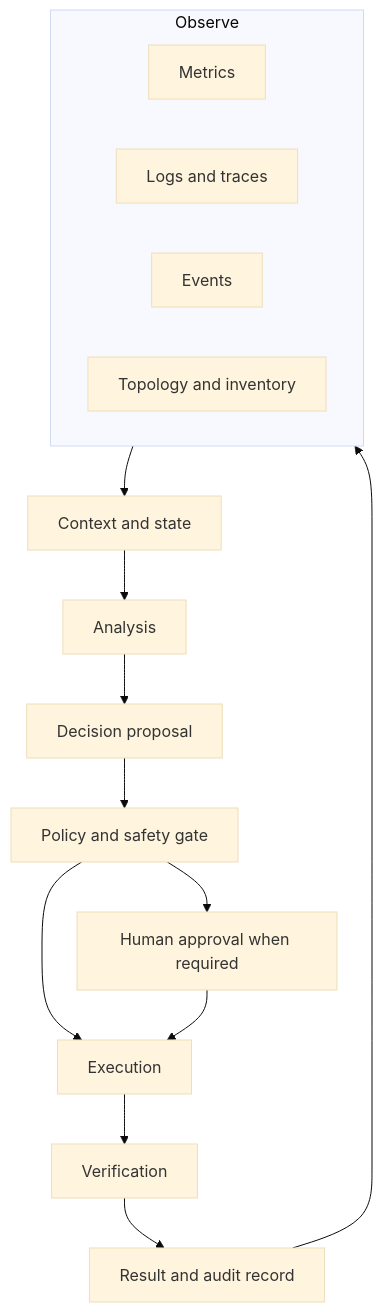
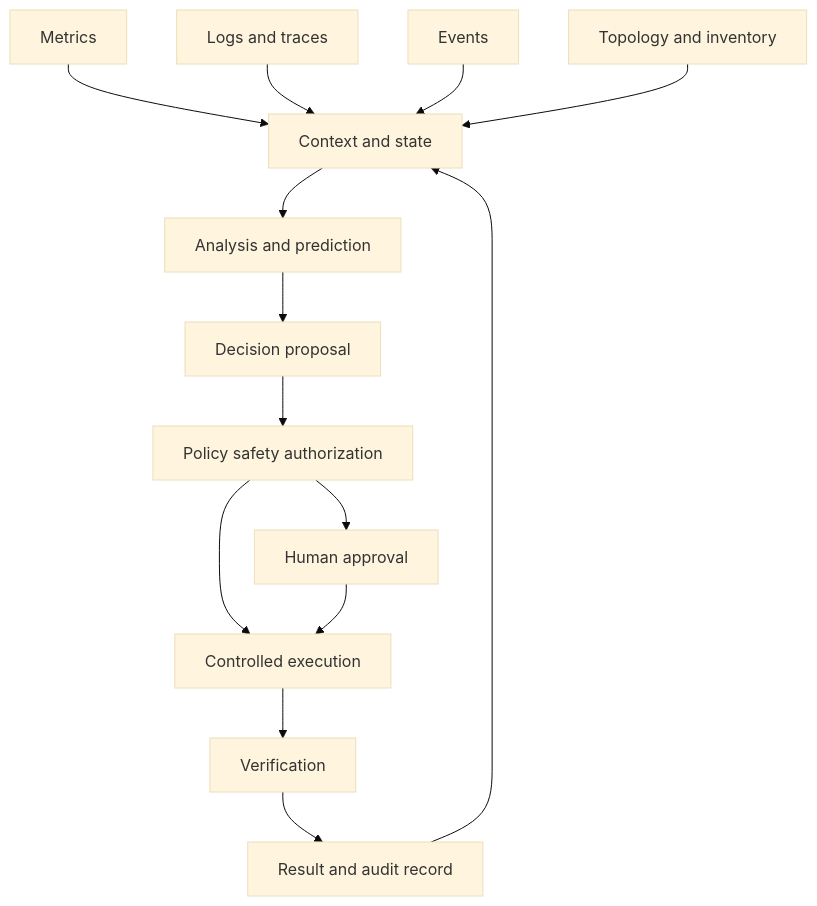
One commit to aiagent007700/AI-Atlas changed the diagram in docs/networks/autonomy/closed-loop-automation.md. Above: the diagram before and after it, drawn with Mermaid (base theme). The commit also changed other lines of this file and 13 other files, not shown here.

````diff
--- a/docs/networks/autonomy/closed-loop-automation.md
+++ b/docs/networks/autonomy/closed-loop-automation.md
@@ -26,19 +27,16 @@
 ```mermaid
 flowchart TB
-    subgraph Observe
-      M[Metrics]
-      L[Logs and traces]
-      E[Events]
-      T[Topology and inventory]
-    end
-    Observe --> C[Context and state]
-    C --> A[Analysis]
+    M[Metrics] --> C[Context and state]
+    L[Logs and traces] --> C
+    E[Events] --> C
+    T[Topology and inventory] --> C
+    C --> A[Analysis and prediction]
     A --> D[Decision proposal]
-    D --> G[Policy and safety gate]
-    G --> X[Execution]
+    D --> P[Policy safety authorization]
+    P --> X[Controlled execution]
     X --> V[Verification]
     V --> R[Result and audit record]
-    R --> Observe
-    G --> H[Human approval when required]
+    R --> C
+    P --> H[Human approval]
     H --> X
 ```
````
